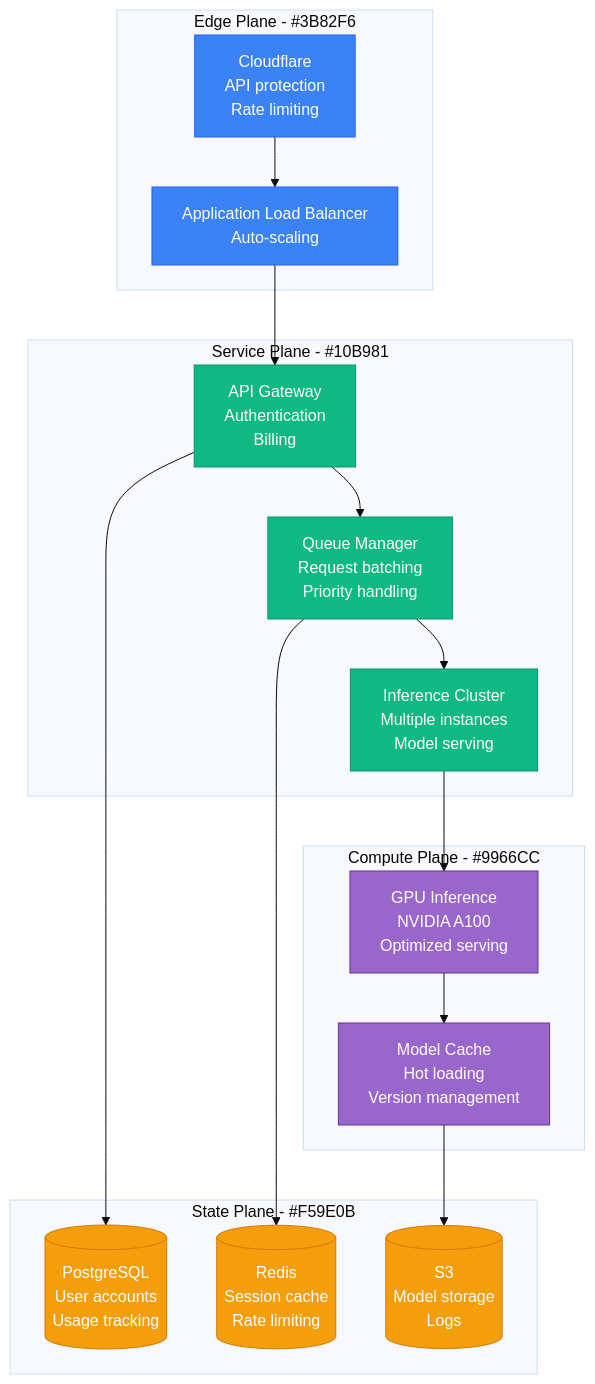
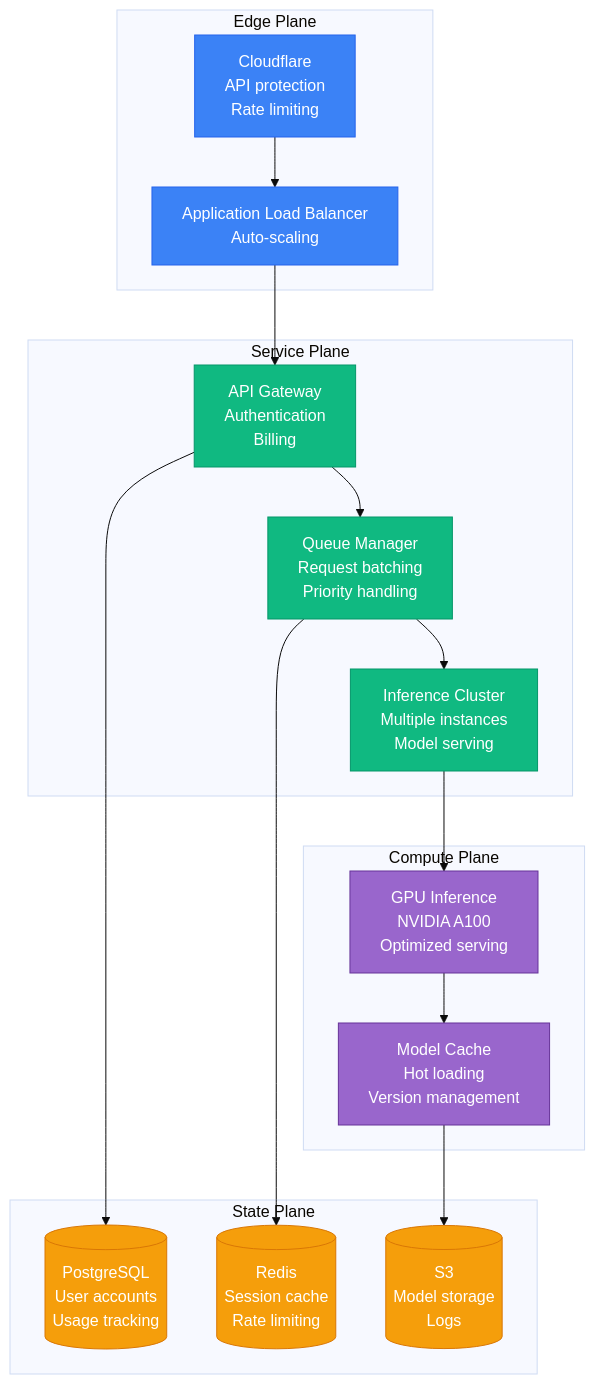
Before and after one commit to deepaucksharma/DS: the second of 3 diagrams in site/docs/scaling/openai-scale-evolution.md, drawn with Mermaid (base theme). The commit also changed other lines of this file and 169 other files, not shown here.

````diff
--- a/site/docs/scaling/openai-scale-evolution.md
+++ b/site/docs/scaling/openai-scale-evolution.md
@@ -74,45 +74,45 @@
 ```mermaid
 graph TB
-    subgraph EdgePlane[Edge Plane - #3B82F6]
+    subgraph EdgePlane["Edge Plane"]
         CLOUDFLARE[Cloudflare<br/>API protection<br/>Rate limiting]
         ALB[Application Load Balancer<br/>Auto-scaling]
     end
 
-    subgraph ServicePlane[Service Plane - #10B981]
+    subgraph ServicePlane["Service Plane"]
         API_GATEWAY[API Gateway<br/>Authentication<br/>Billing]
         INFERENCE_CLUSTER[Inference Cluster<br/>Multiple instances<br/>Model serving]
         QUEUE_MANAGER[Queue Manager<br/>Request batching<br/>Priority handling]
     end
 
-    subgraph ComputePlane[Compute Plane - #9966CC]
+    subgraph ComputePlane["Compute Plane"]
         GPU_INFERENCE[GPU Inference<br/>NVIDIA A100<br/>Optimized serving]
         MODEL_CACHE[Model Cache<br/>Hot loading<br/>Version management]
     end
 
-    subgraph StatePlane[State Plane - #F59E0B]
+    subgraph StatePlane["State Plane"]
         POSTGRES[(PostgreSQL<br/>User accounts<br/>Usage tracking)]
         REDIS[(Redis<br/>Session cache<br/>Rate limiting)]
         S3[(S3<br/>Model storage<br/>Logs)]
     end
 
     CLOUDFLARE --> ALB
     ALB --> API_GATEWAY
     API_GATEWAY --> QUEUE_MANAGER
     QUEUE_MANAGER --> INFERENCE_CLUSTER
     INFERENCE_CLUSTER --> GPU_INFERENCE
     GPU_INFERENCE --> MODEL_CACHE
 
     API_GATEWAY --> POSTGRES
     QUEUE_MANAGER --> REDIS
     MODEL_CACHE --> S3
 
     classDef edgeStyle fill:#3B82F6,stroke:#2563EB,color:#fff
     classDef serviceStyle fill:#10B981,stroke:#059669,color:#fff
     classDef stateStyle fill:#F59E0B,stroke:#D97706,color:#fff
     classDef computeStyle fill:#9966CC,stroke:#663399,color:#fff
 
     class CLOUDFLARE,ALB edgeStyle
     class API_GATEWAY,INFERENCE_CLUSTER,QUEUE_MANAGER serviceStyle
     class POSTGRES,REDIS,S3 stateStyle
     class GPU_INFERENCE,MODEL_CACHE computeStyle
 ```
````
